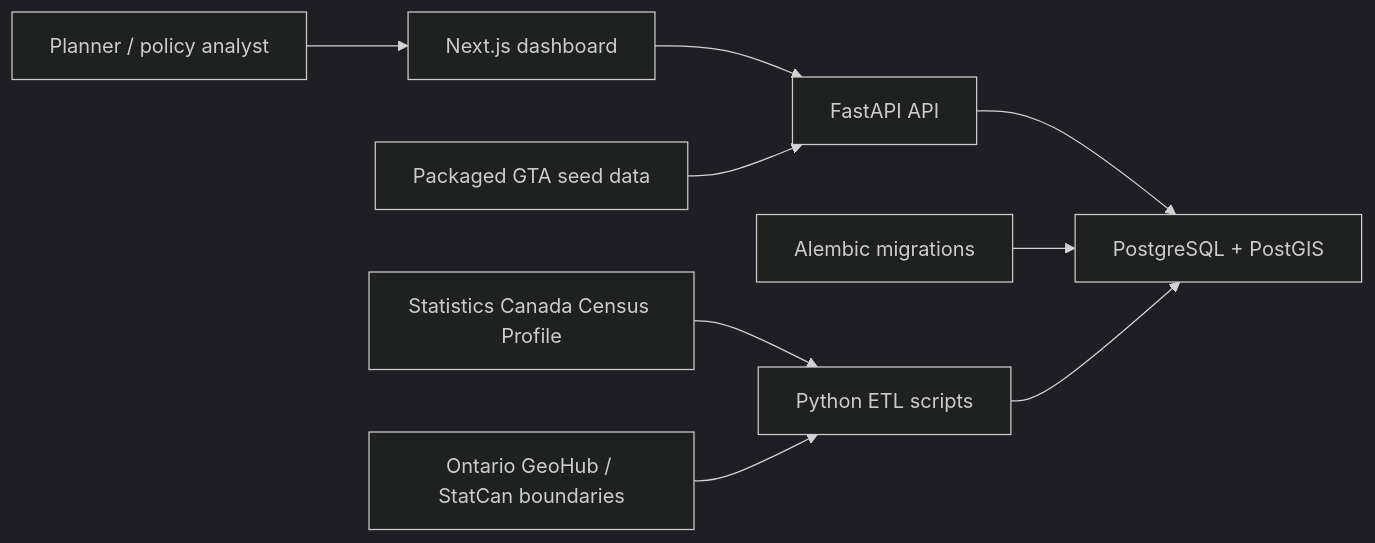
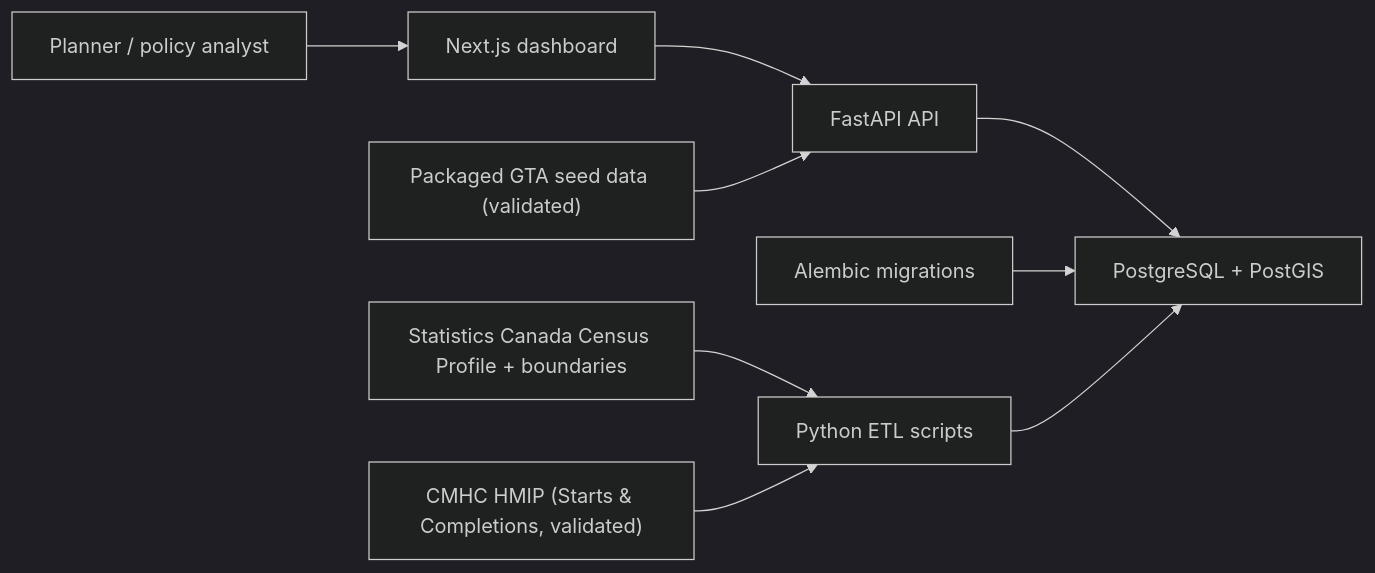
Before and after one commit to FloaterW/civicscope: the diagram in README.md, drawn with Mermaid (dark theme). The commit also changed other lines of this file, not shown here.

First line of the commit message:
docs: refresh README — data-provenance + real CMHC data (#11)

````diff
--- a/README.md
+++ b/README.md
@@ -70,11 +83,11 @@
 ```mermaid
 flowchart LR
   user["Planner / policy analyst"] --> web["Next.js dashboard"]
   web --> api["FastAPI API"]
   api --> db["PostgreSQL + PostGIS"]
   migrations["Alembic migrations"] --> db
-  seed["Packaged GTA seed data"] --> api
-  statcan["Statistics Canada Census Profile"] --> etl["Python ETL scripts"]
-  geohub["Ontario GeoHub / StatCan boundaries"] --> etl
+  seed["Packaged GTA seed data (validated)"] --> api
+  statcan["Statistics Canada Census Profile + boundaries"] --> etl["Python ETL scripts"]
+  cmhc["CMHC HMIP (Starts & Completions, validated)"] --> etl
   etl --> db
 ```
````
